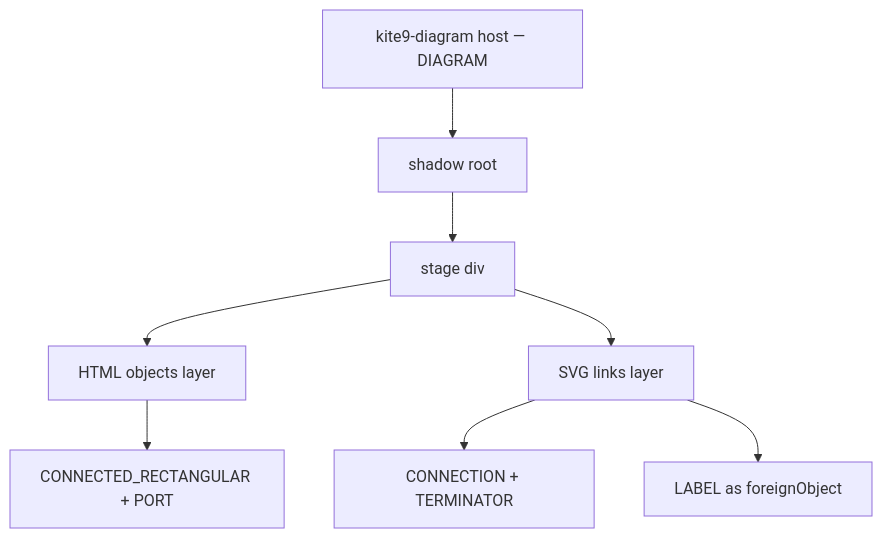
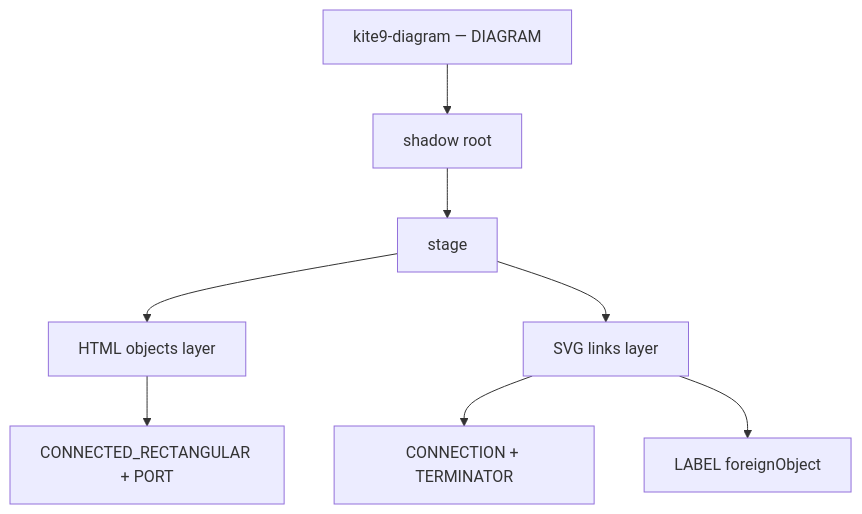
The first of 2 diagrams in packages/kite9-model/README.md (kite9-org/kite9-ts), drawn with Mermaid before and after one commit. The commit also changed other lines of this file and 105 other files, not shown here.

````diff
--- a/packages/kite9-model/README.md
+++ b/packages/kite9-model/README.md
@@ -45,18 +43,18 @@
 ```mermaid
 flowchart TB
-  host["kite9-diagram host — DIAGRAM"]
+  host["kite9-diagram — DIAGRAM"]
   shadow["shadow root"]
-  stage["stage div"]
+  stage["stage"]
   objects["HTML objects layer"]
   svg["SVG links layer"]
   containers["CONNECTED_RECTANGULAR + PORT"]
   links["CONNECTION + TERMINATOR"]
-  linkLabels["LABEL as foreignObject"]
+  linkLabels["LABEL foreignObject"]
 
   host --> shadow --> stage
   stage --> objects
   stage --> svg
   objects --> containers
   svg --> links
   svg --> linkLabels
 ```
````
